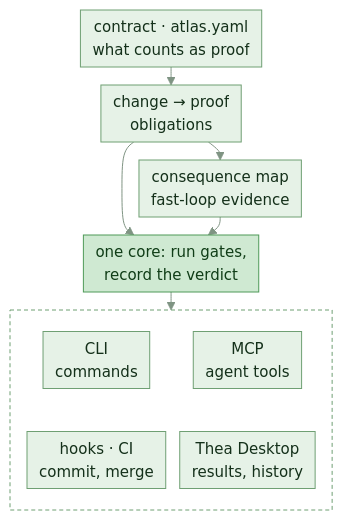
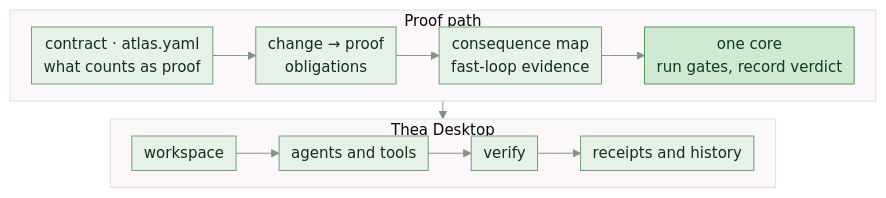
The diagram in README.md (HLIntel/Headron), drawn with Mermaid before and after one commit. The commit also changed other lines of this file and 15 other files, not shown here.

First line of the commit message:
docs: README overhaul - Thea Desktop preview, new proof flow, failures section

````diff
--- a/README.md
+++ b/README.md
@@ -55,33 +56,30 @@
 ```mermaid
 ---
 config:
   theme: base
   themeVariables:
     primaryColor: "#e6f2e7"
     primaryBorderColor: "#6f9f73"
     primaryTextColor: "#14301a"
     lineColor: "#7f9483"
     fontSize: "15px"
   flowchart:
     padding: 6
     nodeSpacing: 14
     rankSpacing: 18
 ---
 flowchart TB
   accTitle: How Thea is built
-  accDescr: a contract maps a change to proof obligations, a consequence map selects fast-loop evidence, and one core runs final gates and records the verdict; the CLI, MCP, hooks with CI and the Thea Desktop all reach that one core
-  R[contract · atlas.yaml<br>what counts as proof] --> O[change → proof<br>obligations]
-  O --> I[consequence map<br>fast-loop evidence]
-  O --> C[one core: run gates,<br>record the verdict]
-  I --> C
-  C --> doors
-  subgraph doors [ ]
-    direction TB
-    L[CLI<br>commands] ~~~ H[hooks · CI<br>commit, merge]
-    P[MCP<br>agent tools] ~~~ B[Thea Desktop<br>results, history]
+  accDescr: a contract maps a change to proof obligations, selects fast-loop evidence, and records a verdict; Thea Desktop presents the workspace, agent controls, verification, and history as one workflow
+  subgraph proof [Proof path]
+    direction LR
+    R[contract · atlas.yaml<br>what counts as proof] --> O[change → proof<br>obligations] --> I[consequence map<br>fast-loop evidence] --> C[one core<br>run gates, record verdict]
+  end
+  C --> D
+  subgraph desktop [Thea Desktop]
+    direction LR
+    D[workspace] --> A[agents and tools] --> V[verify] --> H[receipts and history]
   end
   classDef core fill:#cfe9d2,stroke:#4f9a58,color:#103d17
   class C core
-  classDef band fill:none,stroke:#6f9f73,stroke-dasharray:4 3
-  class doors band
 ```
````
